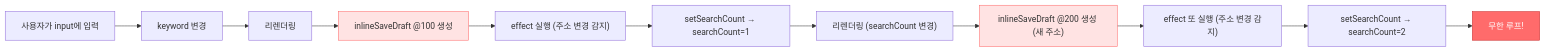
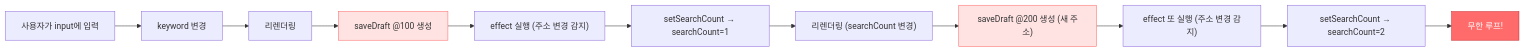
The eighth of 19 diagrams in markdown/2026-01-18/ko/content.mdx (codefug/codefug.github.io), drawn with Mermaid before and after one commit. The commit also changed other lines of this file and 2 other files, not shown here.

````diff
--- a/markdown/2026-01-18/ko/content.mdx
+++ b/markdown/2026-01-18/ko/content.mdx
@@ -561,17 +511,17 @@
 ```mermaid
 flowchart LR
     A1["사용자가 input에 입력"] --> B1["keyword 변경"]
     B1 --> C1["리렌더링"]
-    C1 --> D1["inlineSaveDraft @100 생성"]
+    C1 --> D1["saveDraft @100 생성"]
     D1 --> E1["effect 실행 (주소 변경 감지)"]
     E1 --> F1["setSearchCount → searchCount=1"]
     F1 --> G1["리렌더링 (searchCount 변경)"]
-    G1 --> H1["inlineSaveDraft @200 생성 (새 주소)"]
+    G1 --> H1["saveDraft @200 생성 (새 주소)"]
     H1 --> I1["effect 또 실행 (주소 변경 감지)"]
     I1 --> J1["setSearchCount → searchCount=2"]
     J1 --> K1["무한 루프!"]
 
     style K1 fill:#ff6b6b,stroke:#c92a2a,color:#fff
     style D1 fill:#ffe3e3,stroke:#ff6b6b
     style H1 fill:#ffe3e3,stroke:#ff6b6b
 ```
````
